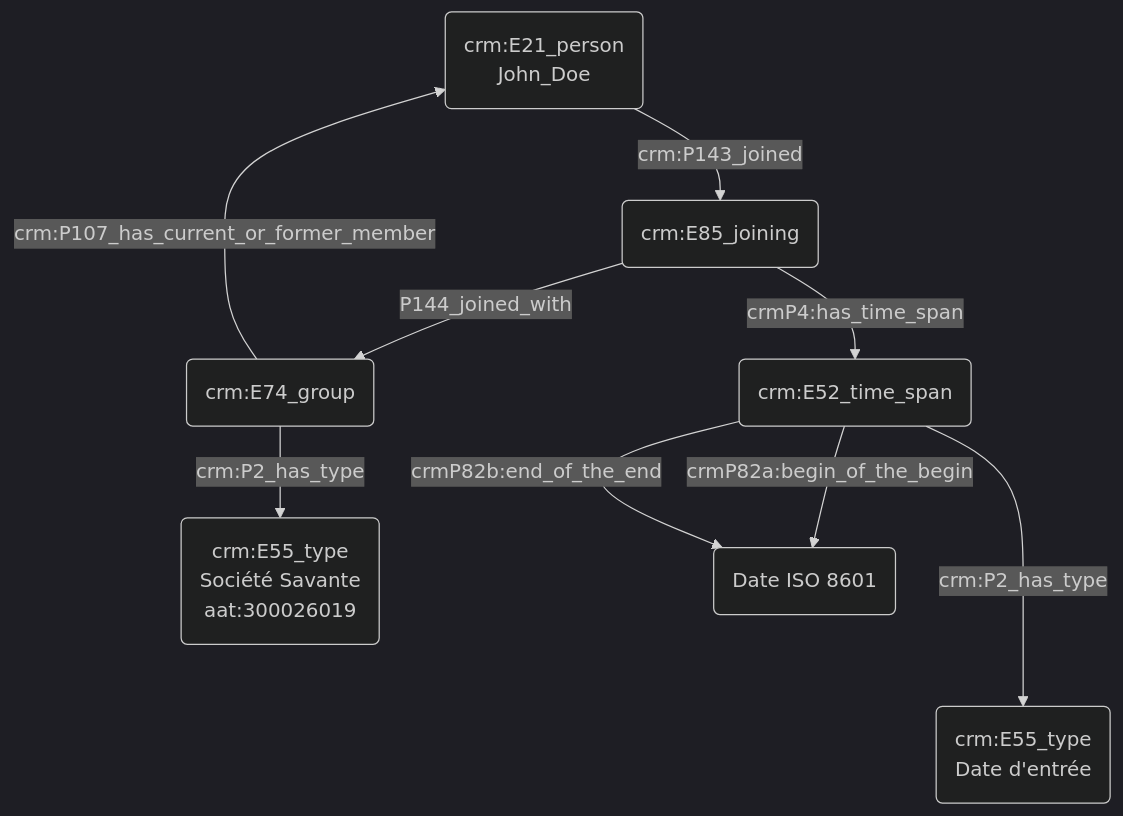
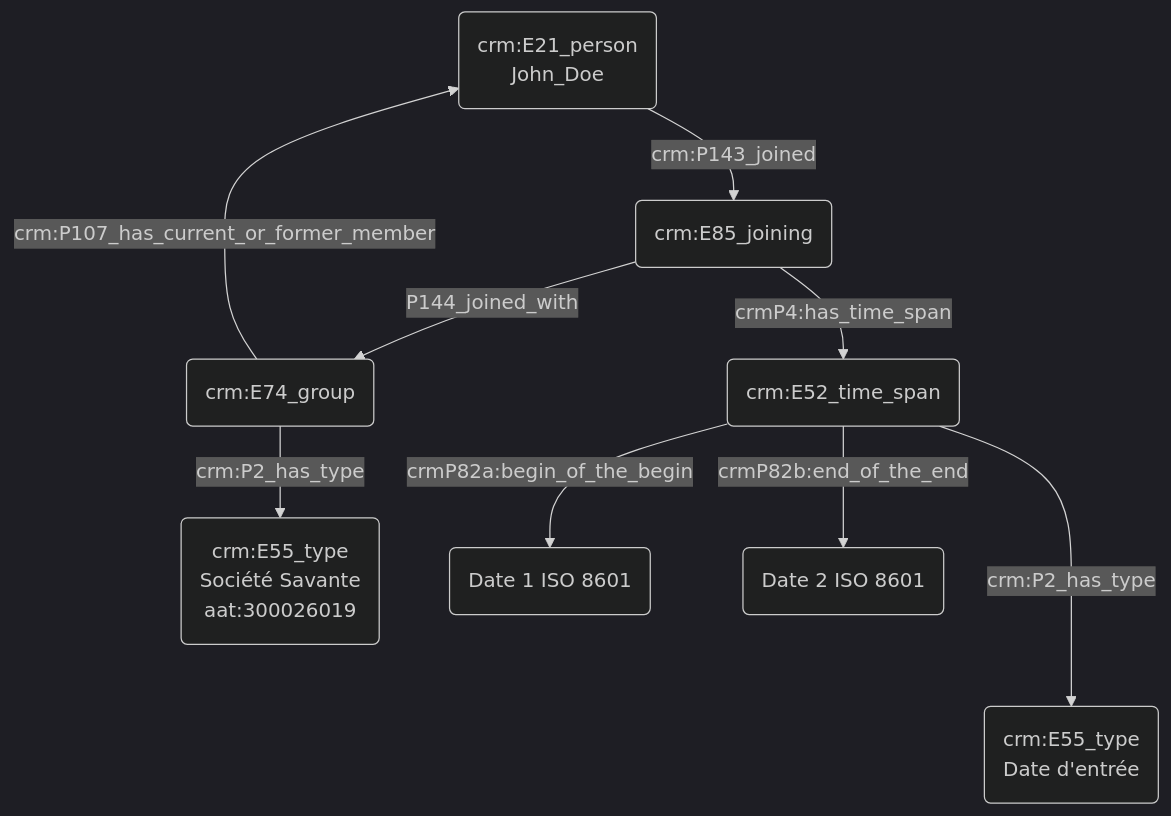
One commit to Amleth/consortium-musica2-gt2-ontologies changed the diagram in modules/livrables/Dossier 2/Prosopographie/appartenance à un groupe social.md. Above: the diagram before and after it, drawn with Mermaid (dark theme).

Commit message:
Update appartenance à un groupe social.md

````diff
--- a/modules/livrables/Dossier 2/Prosopographie/appartenance à un groupe social.md
+++ b/modules/livrables/Dossier 2/Prosopographie/appartenance à un groupe social.md
@@ -17,15 +17,15 @@
 ```mermaid
 graph TD;
 
 A(crm:E21_person<br>John_Doe) -->|crm:P143_joined| B(crm:E85_joining<br>Groupe)
 B(crm:E85_joining) --> |P144_joined_with| G(crm:E74_group)
 G(crm:E74_group) -->|crm:P2_has_type| C(crm:E55_type<br>Société Savante<br>aat:300026019)
 G(crm:E74_group) --> |crm:P107_has_current_or_former_member| A(crm:E21_person<br>John_Doe)
 
 
 B(crm:E85_joining) --> |crmP4:has_time_span| D(crm:E52_time_span)
-D(crm:E52_time_span) --> |crmP82a:begin_of_the_begin| E(Date ISO 8601)
-D(crm:E52_time_span) --> |crmP82b:end_of_the_end| E(Date ISO 8601)
+D(crm:E52_time_span) --> |crmP82a:begin_of_the_begin| E(Date 1 ISO 8601)
+D(crm:E52_time_span) --> |crmP82b:end_of_the_end| H(Date 2 ISO 8601)
 D(crm:E52_time_span) --->|crm:P2_has_type| F(crm:E55_type<br>Date d'entrée)
 
 ```
````
